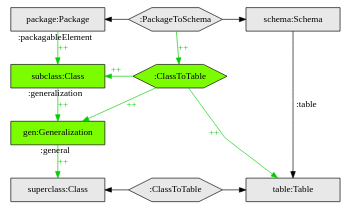
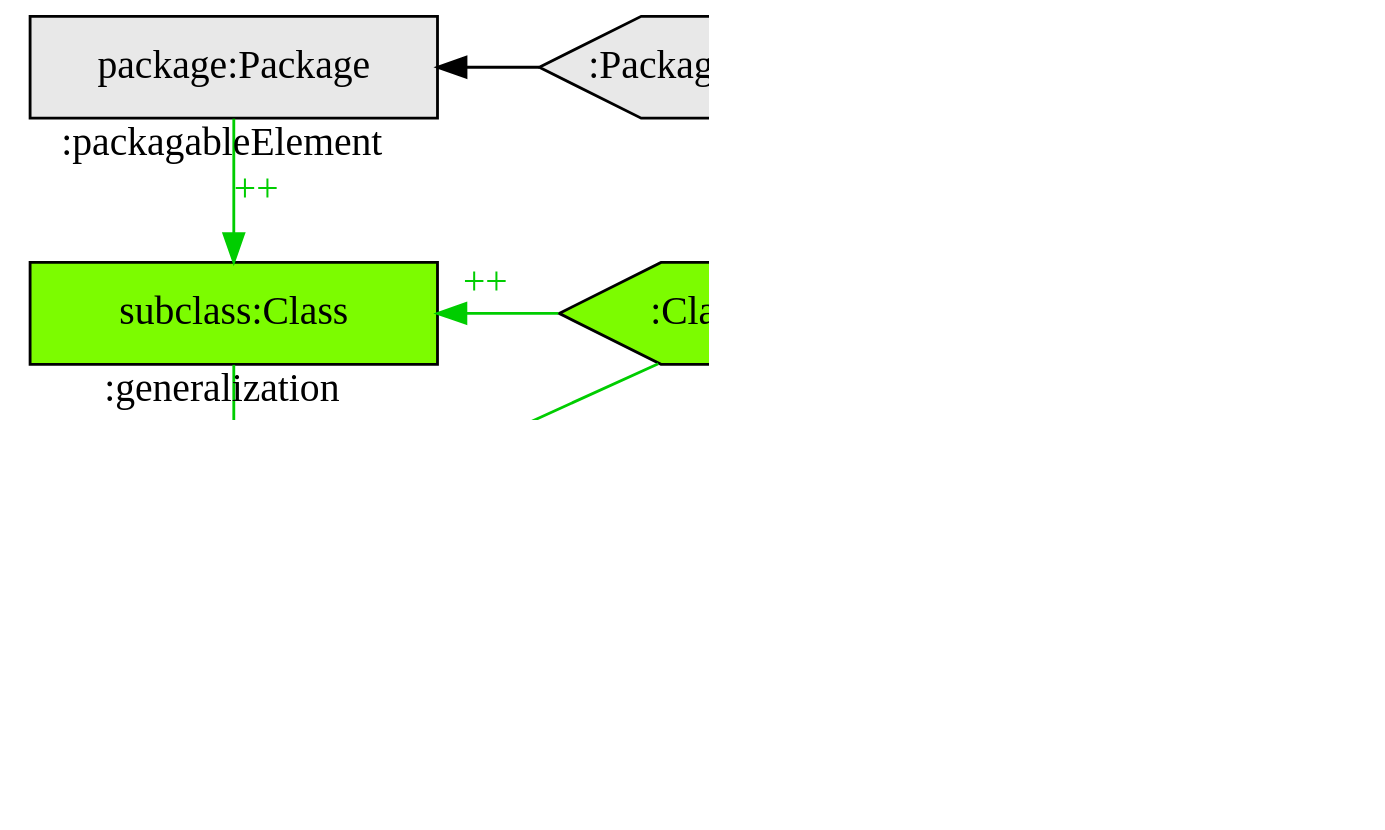
Before and after one commit to 012456/tgg-dot-template: the diagram in tgg-template-example.dot, drawn with Graphviz. The commit also changed 1 other file, not shown here.

Commit message:
increase graph size

```diff
--- a/tgg-template-example.dot
+++ b/tgg-template-example.dot
@@ -1,52 +1,53 @@
 digraph d2 
 {
+    graph [ dpi = 150 ]; 
     node [ fixedsize = true, width = 2 ]; splines = line ; node [ style = filled ];
     
     /* grey box nodes */ node [ fillcolor = grey91, shape = box ];
     /* ex: n1 [ label = "label" ]; */
         a1 [ label = "package:Package" ];
         a3 [ label = "schema:Schema" ];
         d1 [ label = "superclass:Class" ];
         d3 [ label = "table:Table" ];
 
     /* grey hexagon nodes */ node [ shape = hexagon ];
     /* ex: n1 [ label = "label" ]; */
         a2 [ label = ":PackageToSchema" ];
         d2 [ label = ":ClassToTable" ];
 
     /* green box nodes */ node [ fillcolor = lawngreen, shape = box ];
     /* ex: n1 [ label = "label" ]; */
         b1 [ label = "subclass:Class" ];
         c1 [ label = "gen:Generalization" ];
 
     /* green hexagon nodes */ node [ shape = hexagon ];
     /* ex: n1 [ label = "label" ]; */
         b2 [ label = ":ClassToTable" ];
 
     /* enforce rows */
     /* ex: { rank = same n1 n2 n3 } */
         { rank = same a1 a2 a3 }
         { rank = same b1 b2 }
         { rank = same c1 }
         { rank = same d2 d1 d3 }
    
     /* black edges from column */ edge [ color = black ];
     /* ex: n1 -> n2 ; */
     /* ex: n1 -> n2 [ label = "label", dir = back ]; */
         a1 -> a2 [ dir = back ] ;
         a2 -> a3 ;
         d1 -> d2 [ dir = back ] ;
         d2 -> d3 ;
         a3 -> d3 [ label = ":table" ];
    
     /* green ++ edges */ edge [ color = green3, label = <<font color="green3">++</font>>, labeldistance = 1 ];
     /* ex: n1 -> n2 ; */
     /* ex: n1 -> n2 [ taillabel = "label", dir = back ]; */
         a2 -> b2 ;
         b1 -> b2 [ dir = back ]; 
         c1 -> b2 [ dir = back ]; 
         b2 -> d3 ; 
         a1 -> b1 [ taillabel = ":packagableElement" ]; 
         b1 -> c1 [ taillabel = ":generalization" ];
         c1 -> d1 [ taillabel = ":general" ];
 }
```
